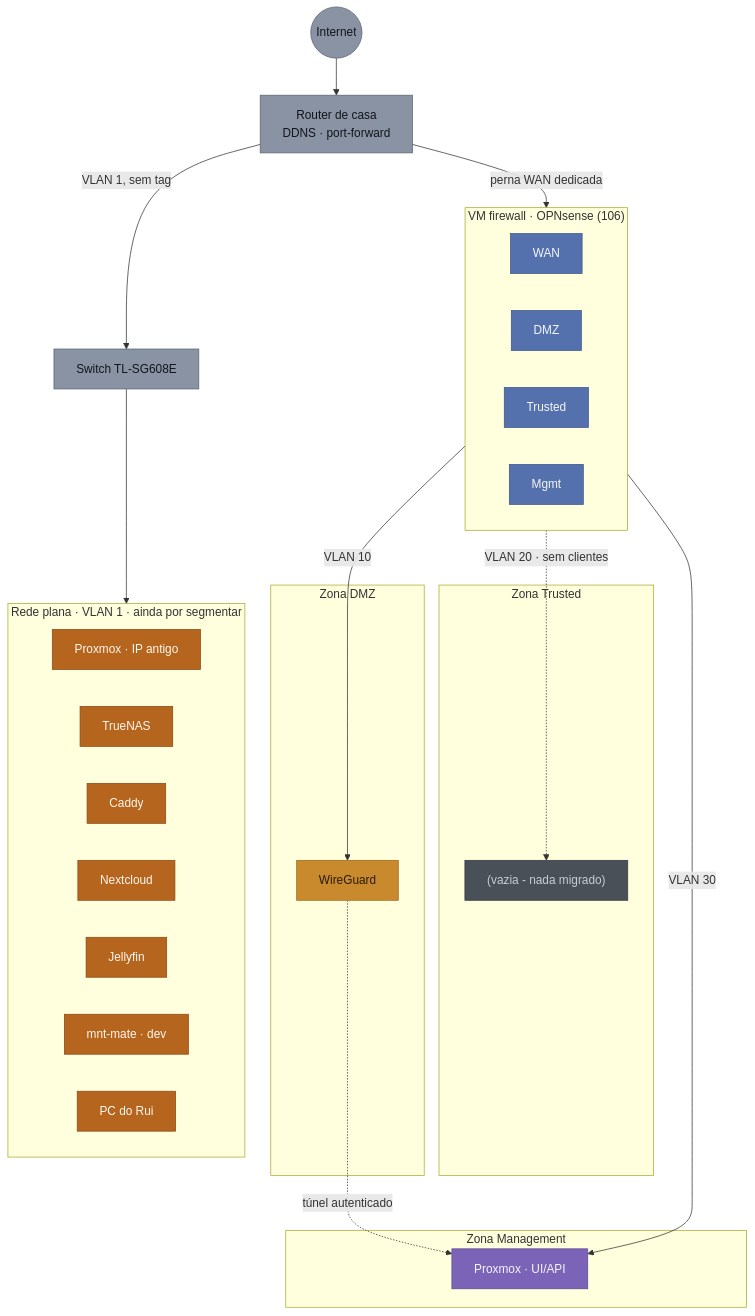
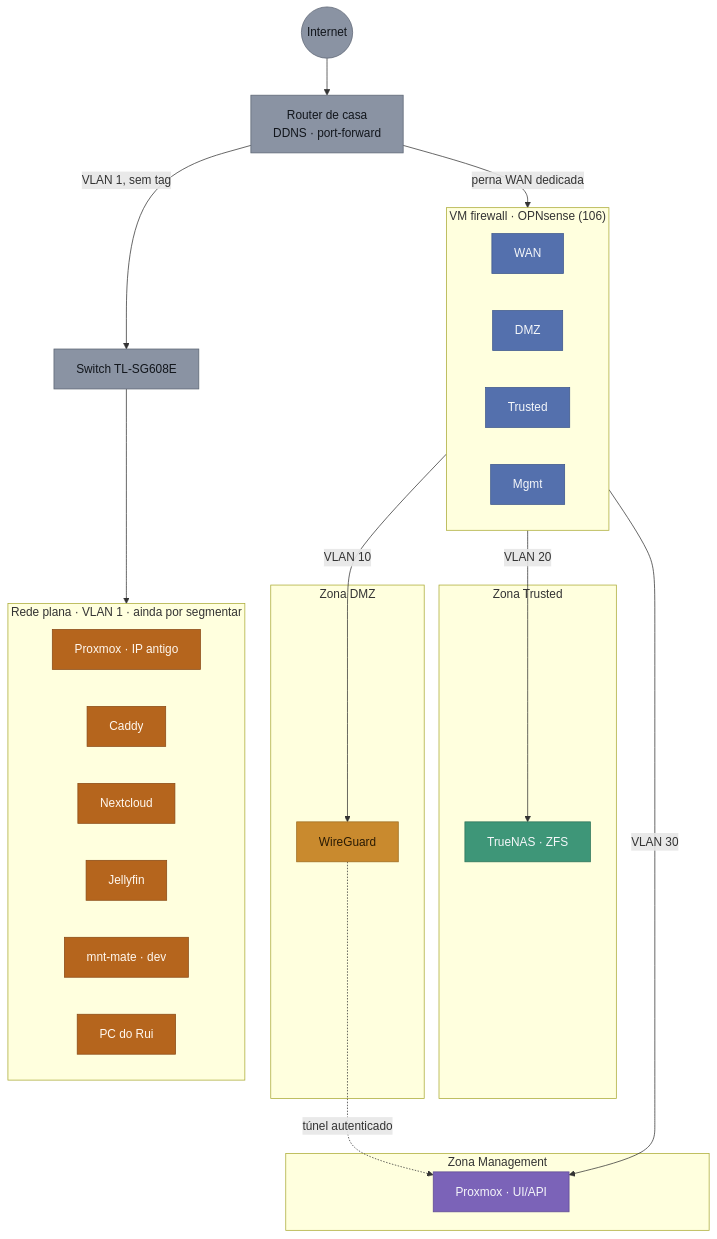
The first of 5 diagrams in docs/ESQUEMA_LOGICO_REDE.md (RuiGRMargarido/homelab), drawn with Mermaid before and after one commit. The commit also changed other lines of this file and 2 other files, not shown here.

First line of the commit message:
Migra o TrueNAS para a zona Trusted

````diff
--- a/docs/ESQUEMA_LOGICO_REDE.md
+++ b/docs/ESQUEMA_LOGICO_REDE.md
@@ -13,55 +15,54 @@
 ```mermaid
 flowchart TB
     INT(("Internet")):::neut
     ROUTER["Router de casa<br/>DDNS · port-forward"]:::neut
     INT --> ROUTER
 
     SW["Switch TL-SG608E"]:::neut
     ROUTER -- "VLAN 1, sem tag" --> SW
     ROUTER -- "perna WAN dedicada" --> FWWAN
 
     subgraph FLAT["Rede plana · VLAN 1 · ainda por segmentar"]
         PVEA["Proxmox · IP antigo"]:::flat
-        TN["TrueNAS"]:::flat
         CADDY["Caddy"]:::flat
         NC["Nextcloud"]:::flat
         JF["Jellyfin"]:::flat
         MNT["mnt-mate · dev"]:::flat
         PC["PC do Rui"]:::flat
     end
 
     SW --> FLAT
 
     subgraph FW["VM firewall · OPNsense (106)"]
         direction LR
         FWWAN["WAN"]:::fw
         FWDMZ["DMZ"]:::fw
         FWTRU["Trusted"]:::fw
         FWMGM["Mgmt"]:::fw
     end
 
     FWDMZ -- "VLAN 10" --> WG
-    FWTRU -. "VLAN 20 · sem clientes" .-> VAZIA
+    FWTRU -- "VLAN 20" --> TN
     FWMGM -- "VLAN 30" --> PVEB
 
     subgraph DMZ["Zona DMZ"]
         WG["WireGuard"]:::dmz
     end
 
     subgraph TRUSTED["Zona Trusted"]
-        VAZIA["(vazia - nada migrado)"]:::vazio
+        TN["TrueNAS · ZFS"]:::tru
     end
 
     subgraph MGMT["Zona Management"]
         PVEB["Proxmox · UI/API"]:::mgmt
     end
 
     WG -. "túnel autenticado" .-> PVEB
 
     classDef neut fill:#8A93A3,stroke:#5B6472,color:#12161C
     classDef flat fill:#B5651D,stroke:#8A4A15,color:#FFF8F0
     classDef fw fill:#5470AD,stroke:#3C568C,color:#F5F7FA
     classDef dmz fill:#C98A2E,stroke:#9C6B1F,color:#2A1B04
     classDef mgmt fill:#7B63B8,stroke:#5E4A93,color:#F5F7FA
-    classDef vazio fill:#4A5058,stroke:#343941,color:#C8CDD4
+    classDef tru fill:#3E9678,stroke:#2C7259,color:#F5F7FA
 ```
````
